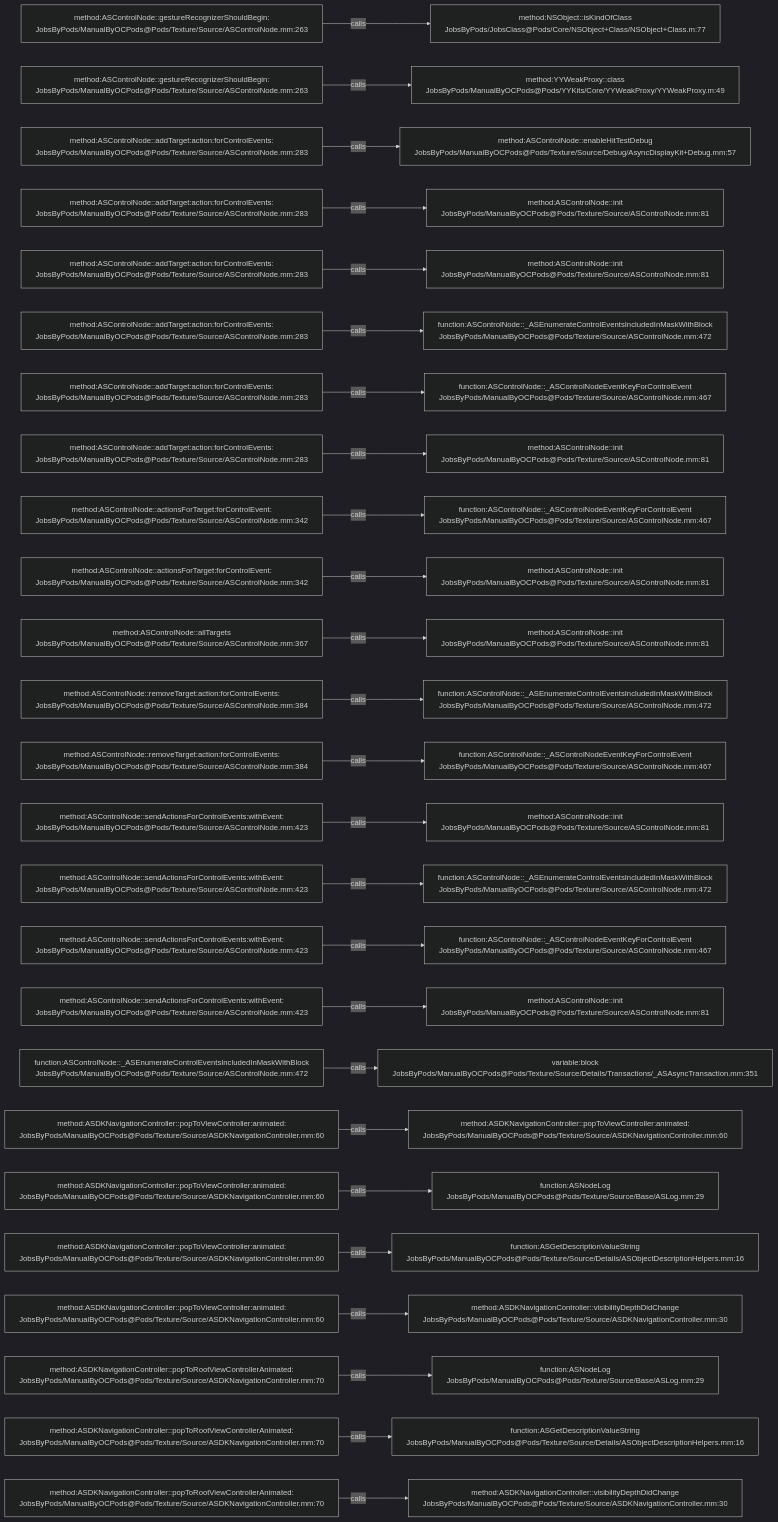
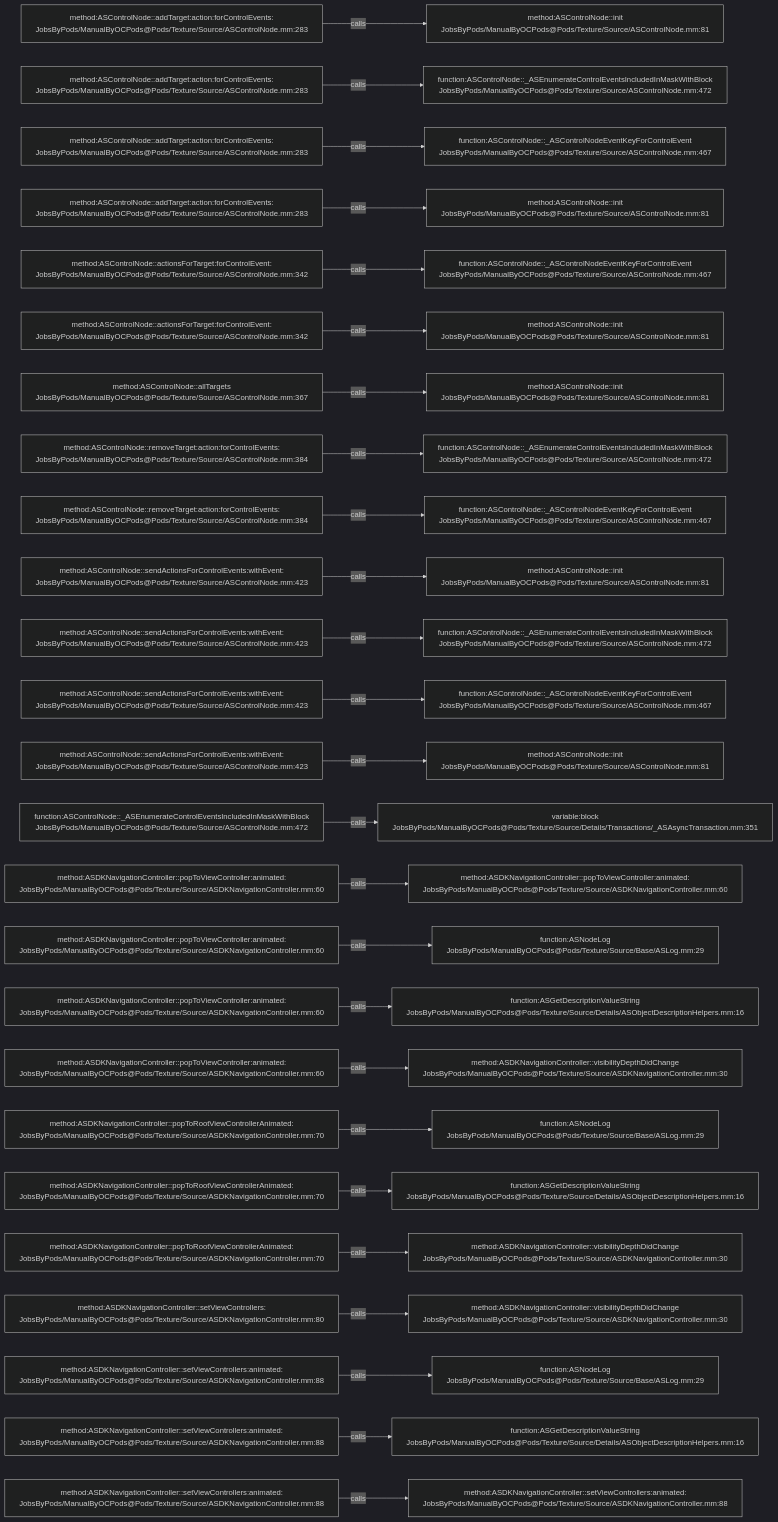
The diagram in .codegraph/codegraph.md/graphs/calls-085.md (JobsKits/JobsOCBaseConfigDemo), drawn with Mermaid (dark theme) before and after one commit. The commit also changed 727 other files, not shown here.

````diff
--- a/.codegraph/codegraph.md/graphs/calls-085.md
+++ b/.codegraph/codegraph.md/graphs/calls-085.md
@@ -13,78 +13,78 @@
 ```mermaid
 flowchart LR
-  S1["method:ASControlNode::gestureRecognizerShouldBegin:<br/>JobsByPods/ManualByOCPods@Pods/Texture/Source/ASControlNode.mm:263"]
-  T1["method:NSObject::isKindOfClass<br/>JobsByPods/JobsClass@Pods/Core/NSObject+Class/NSObject+Class.m:77"]
+  S1["method:ASControlNode::addTarget:action:forControlEvents:<br/>JobsByPods/ManualByOCPods@Pods/Texture/Source/ASControlNode.mm:283"]
+  T1["method:ASControlNode::init<br/>JobsByPods/ManualByOCPods@Pods/Texture/Source/ASControlNode.mm:81"]
   S1 -->|calls| T1
-  S2["method:ASControlNode::gestureRecognizerShouldBegin:<br/>JobsByPods/ManualByOCPods@Pods/Texture/Source/ASControlNode.mm:263"]
-  T2["method:YYWeakProxy::class<br/>JobsByPods/ManualByOCPods@Pods/YYKits/Core/YYWeakProxy/YYWeakProxy.m:49"]
+  S2["method:ASControlNode::addTarget:action:forControlEvents:<br/>JobsByPods/ManualByOCPods@Pods/Texture/Source/ASControlNode.mm:283"]
+  T2["function:ASControlNode::_ASEnumerateControlEventsIncludedInMaskWithBlock<br/>JobsByPods/ManualByOCPods@Pods/Texture/Source/ASControlNode.mm:472"]
   S2 -->|calls| T2
   S3["method:ASControlNode::addTarget:action:forControlEvents:<br/>JobsByPods/ManualByOCPods@Pods/Texture/Source/ASControlNode.mm:283"]
-  T3["method:ASControlNode::enableHitTestDebug<br/>JobsByPods/ManualByOCPods@Pods/Texture/Source/Debug/AsyncDisplayKit+Debug.mm:57"]
+  T3["function:ASControlNode::_ASControlNodeEventKeyForControlEvent<br/>JobsByPods/ManualByOCPods@Pods/Texture/Source/ASControlNode.mm:467"]
   S3 -->|calls| T3
   S4["method:ASControlNode::addTarget:action:forControlEvents:<br/>JobsByPods/ManualByOCPods@Pods/Texture/Source/ASControlNode.mm:283"]
   T4["method:ASControlNode::init<br/>JobsByPods/ManualByOCPods@Pods/Texture/Source/ASControlNode.mm:81"]
   S4 -->|calls| T4
-  S5["method:ASControlNode::addTarget:action:forControlEvents:<br/>JobsByPods/ManualByOCPods@Pods/Texture/Source/ASControlNode.mm:283"]
-  T5["method:ASControlNode::init<br/>JobsByPods/ManualByOCPods@Pods/Texture/Source/ASControlNode.mm:81"]
+  S5["method:ASControlNode::actionsForTarget:forControlEvent:<br/>JobsByPods/ManualByOCPods@Pods/Texture/Source/ASControlNode.mm:342"]
+  T5["function:ASControlNode::_ASControlNodeEventKeyForControlEvent<br/>JobsByPods/ManualByOCPods@Pods/Texture/Source/ASControlNode.mm:467"]
   S5 -->|calls| T5
-  S6["method:ASControlNode::addTarget:action:forControlEvents:<br/>JobsByPods/ManualByOCPods@Pods/Texture/Source/ASControlNode.mm:283"]
-  T6["function:ASControlNode::_ASEnumerateControlEventsIncludedInMaskWithBlock<br/>JobsByPods/ManualByOCPods@Pods/Texture/Source/ASControlNode.mm:472"]
+  S6["method:ASControlNode::actionsForTarget:forControlEvent:<br/>JobsByPods/ManualByOCPods@Pods/Texture/Source/ASControlNode.mm:342"]
+  T6["method:ASControlNode::init<br/>JobsByPods/ManualByOCPods@Pods/Texture/Source/ASControlNode.mm:81"]
   S6 -->|calls| T6
-  S7["method:ASControlNode::addTarget:action:forControlEvents:<br/>JobsByPods/ManualByOCPods@Pods/Texture/Source/ASControlNode.mm:283"]
-  T7["function:ASControlNode::_ASControlNodeEventKeyForControlEvent<br/>JobsByPods/ManualByOCPods@Pods/Texture/Source/ASControlNode.mm:467"]
+  S7["method:ASControlNode::allTargets<br/>JobsByPods/ManualByOCPods@Pods/Texture/Source/ASControlNode.mm:367"]
+  T7["method:ASControlNode::init<br/>JobsByPods/ManualByOCPods@Pods/Texture/Source/ASControlNode.mm:81"]
   S7 -->|calls| T7
-  S8["method:ASControlNode::addTarget:action:forControlEvents:<br/>JobsByPods/ManualByOCPods@Pods/Texture/Source/ASControlNode.mm:283"]
-  T8["method:ASControlNode::init<br/>JobsByPods/ManualByOCPods@Pods/Texture/Source/ASControlNode.mm:81"]
+  S8["method:ASControlNode::removeTarget:action:forControlEvents:<br/>JobsByPods/ManualByOCPods@Pods/Texture/Source/ASControlNode.mm:384"]
+  T8["function:ASControlNode::_ASEnumerateControlEventsIncludedInMaskWithBlock<br/>JobsByPods/ManualByOCPods@Pods/Texture/Source/ASControlNode.mm:472"]
   S8 -->|calls| T8
-  S9["method:ASControlNode::actionsForTarget:forControlEvent:<br/>JobsByPods/ManualByOCPods@Pods/Texture/Source/ASControlNode.mm:342"]
+  S9["method:ASControlNode::removeTarget:action:forControlEvents:<br/>JobsByPods/ManualByOCPods@Pods/Texture/Source/ASControlNode.mm:384"]
   T9["function:ASControlNode::_ASControlNodeEventKeyForControlEvent<br/>JobsByPods/ManualByOCPods@Pods/Texture/Source/ASControlNode.mm:467"]
   S9 -->|calls| T9
-  S10["method:ASControlNode::actionsForTarget:forControlEvent:<br/>JobsByPods/ManualByOCPods@Pods/Texture/Source/ASControlNode.mm:342"]
+  S10["method:ASControlNode::sendActionsForControlEvents:withEvent:<br/>JobsByPods/ManualByOCPods@Pods/Texture/Source/ASControlNode.mm:423"]
   T10["method:ASControlNode::init<br/>JobsByPods/ManualByOCPods@Pods/Texture/Source/ASControlNode.mm:81"]
   S10 -->|calls| T10
-  S11["method:ASControlNode::allTargets<br/>JobsByPods/ManualByOCPods@Pods/Texture/Source/ASControlNode.mm:367"]
-  T11["method:ASControlNode::init<br/>JobsByPods/ManualByOCPods@Pods/Texture/Source/ASControlNode.mm:81"]
+  S11["method:ASControlNode::sendActionsForControlEvents:withEvent:<br/>JobsByPods/ManualByOCPods@Pods/Texture/Source/ASControlNode.mm:423"]
+  T11["function:ASControlNode::_ASEnumerateControlEventsIncludedInMaskWithBlock<br/>JobsByPods/ManualByOCPods@Pods/Texture/Source/ASControlNode.mm:472"]
   S11 -->|calls| T11
-  S12["method:ASControlNode::removeTarget:action:forControlEvents:<br/>JobsByPods/ManualByOCPods@Pods/Texture/Source/ASControlNode.mm:384"]
-  T12["function:ASControlNode::_ASEnumerateControlEventsIncludedInMaskWithBlock<br/>JobsByPods/ManualByOCPods@Pods/Texture/Source/ASControlNode.mm:472"]
+  S12["method:ASControlNode::sendActionsForControlEvents:withEvent:<br/>JobsByPods/ManualByOCPods@Pods/Texture/Source/ASControlNode.mm:423"]
+  T12["function:ASControlNode::_ASControlNodeEventKeyForControlEvent<br/>JobsByPods/ManualByOCPods@Pods/Texture/Source/ASControlNode.mm:467"]
   S12 -->|calls| T12
-  S13["method:ASControlNode::removeTarget:action:forControlEvents:<br/>JobsByPods/ManualByOCPods@Pods/Texture/Source/ASControlNode.mm:384"]
-  T13["function:ASControlNode::_ASControlNodeEventKeyForControlEvent<br/>JobsByPods/ManualByOCPods@Pods/Texture/Source/ASControlNode.mm:467"]
+  S13["method:ASControlNode::sendActionsForControlEvents:withEvent:<br/>JobsByPods/ManualByOCPods@Pods/Texture/Source/ASControlNode.mm:423"]
+  T13["method:ASControlNode::init<br/>JobsByPods/ManualByOCPods@Pods/Texture/Source/ASControlNode.mm:81"]
   S13 -->|calls| T13
-  S14["method:ASControlNode::sendActionsForControlEvents:withEvent:<br/>JobsByPods/ManualByOCPods@Pods/Texture/Source/ASControlNode.mm:423"]
-  T14["method:ASControlNode::init<br/>JobsByPods/ManualByOCPods@Pods/Texture/Source/ASControlNode.mm:81"]
+  S14["function:ASControlNode::_ASEnumerateControlEventsIncludedInMaskWithBlock<br/>JobsByPods/ManualByOCPods@Pods/Texture/Source/ASControlNode.mm:472"]
+  T14["variable:block<br/>JobsByPods/ManualByOCPods@Pods/Texture/Source/Details/Transactions/_ASAsyncTransaction.mm:351"]
   S14 -->|calls| T14
-  S15["method:ASControlNode::sendActionsForControlEvents:withEvent:<br/>JobsByPods/ManualByOCPods@Pods/Texture/Source/ASControlNode.mm:423"]
-  T15["function:ASControlNode::_ASEnumerateControlEventsIncludedInMaskWithBlock<br/>JobsByPods/ManualByOCPods@Pods/Texture/Source/ASControlNode.mm:472"]
+  S15["method:ASDKNavigationController::popToViewController:animated:<br/>JobsByPods/ManualByOCPods@Pods/Texture/Source/ASDKNavigationController.mm:60"]
+  T15["method:ASDKNavigationController::popToViewController:animated:<br/>JobsByPods/ManualByOCPods@Pods/Texture/Source/ASDKNavigationController.mm:60"]
   S15 -->|calls| T15
-  S16["method:ASControlNode::sendActionsForControlEvents:withEvent:<br/>JobsByPods/ManualByOCPods@Pods/Texture/Source/ASControlNode.mm:423"]
-  T16["function:ASControlNode::_ASControlNodeEventKeyForControlEvent<br/>JobsByPods/ManualByOCPods@Pods/Texture/Source/ASControlNode.mm:467"]
+  S16["method:ASDKNavigationController::popToViewController:animated:<br/>JobsByPods/ManualByOCPods@Pods/Texture/Source/ASDKNavigationController.mm:60"]
+  T16["function:ASNodeLog<br/>JobsByPods/ManualByOCPods@Pods/Texture/Source/Base/ASLog.mm:29"]
   S16 -->|calls| T16
-  S17["method:ASControlNode::sendActionsForControlEvents:withEvent:<br/>JobsByPods/ManualByOCPods@Pods/Texture/Source/ASControlNode.mm:423"]
-  T17["method:ASControlNode::init<br/>JobsByPods/ManualByOCPods@Pods/Texture/Source/ASControlNode.mm:81"]
+  S17["method:ASDKNavigationController::popToViewController:animated:<br/>JobsByPods/ManualByOCPods@Pods/Texture/Source/ASDKNavigationController.mm:60"]
+  T17["function:ASGetDescriptionValueString<br/>JobsByPods/ManualByOCPods@Pods/Texture/Source/Details/ASObjectDescriptionHelpers.mm:16"]
   S17 -->|calls| T17
-  S18["function:ASControlNode::_ASEnumerateControlEventsIncludedInMaskWithBlock<br/>JobsByPods/ManualByOCPods@Pods/Texture/Source/ASControlNode.mm:472"]
-  T18["variable:block<br/>JobsByPods/ManualByOCPods@Pods/Texture/Source/Details/Transactions/_ASAsyncTransaction.mm:351"]
+  S18["method:ASDKNavigationController::popToViewController:animated:<br/>JobsByPods/ManualByOCPods@Pods/Texture/Source/ASDKNavigationController.mm:60"]
+  T18["method:ASDKNavigationController::visibilityDepthDidChange<br/>JobsByPods/ManualByOCPods@Pods/Texture/Source/ASDKNavigationController.mm:30"]
   S18 -->|calls| T18
-  S19["method:ASDKNavigationController::popToViewController:animated:<br/>JobsByPods/ManualByOCPods@Pods/Texture/Source/ASDKNavigationController.mm:60"]
-  T19["method:ASDKNavigationController::popToViewController:animated:<br/>JobsByPods/ManualByOCPods@Pods/Texture/Source/ASDKNavigationController.mm:60"]
+  S19["method:ASDKNavigationController::popToRootViewControllerAnimated:<br/>JobsByPods/ManualByOCPods@Pods/Texture/Source/ASDKNavigationController.mm:70"]
+  T19["function:ASNodeLog<br/>JobsByPods/ManualByOCPods@Pods/Texture/Source/Base/ASLog.mm:29"]
   S19 -->|calls| T19
-  S20["method:ASDKNavigationController::popToViewController:animated:<br/>JobsByPods/ManualByOCPods@Pods/Texture/Source/ASDKNavigationController.mm:60"]
-  T20["function:ASNodeLog<br/>JobsByPods/ManualByOCPods@Pods/Texture/Source/Base/ASLog.mm:29"]
+  S20["method:ASDKNavigationController::popToRootViewControllerAnimated:<br/>JobsByPods/ManualByOCPods@Pods/Texture/Source/ASDKNavigationController.mm:70"]
+  T20["function:ASGetDescriptionValueString<br/>JobsByPods/ManualByOCPods@Pods/Texture/Source/Details/ASObjectDescriptionHelpers.mm:16"]
   S20 -->|calls| T20
-  S21["method:ASDKNavigationController::popToViewController:animated:<br/>JobsByPods/ManualByOCPods@Pods/Texture/Source/ASDKNavigationController.mm:60"]
-  T21["function:ASGetDescriptionValueString<br/>JobsByPods/ManualByOCPods@Pods/Texture/Source/Details/ASObjectDescriptionHelpers.mm:16"]
+  S21["method:ASDKNavigationController::popToRootViewControllerAnimated:<br/>JobsByPods/ManualByOCPods@Pods/Texture/Source/ASDKNavigationController.mm:70"]
+  T21["method:ASDKNavigationController::visibilityDepthDidChange<br/>JobsByPods/ManualByOCPods@Pods/Texture/Source/ASDKNavigationController.mm:30"]
   S21 -->|calls| T21
-  S22["method:ASDKNavigationController::popToViewController:animated:<br/>JobsByPods/ManualByOCPods@Pods/Texture/Source/ASDKNavigationController.mm:60"]
+  S22["method:ASDKNavigationController::setViewControllers:<br/>JobsByPods/ManualByOCPods@Pods/Texture/Source/ASDKNavigationController.mm:80"]
   T22["method:ASDKNavigationController::visibilityDepthDidChange<br/>JobsByPods/ManualByOCPods@Pods/Texture/Source/ASDKNavigationController.mm:30"]
   S22 -->|calls| T22
-  S23["method:ASDKNavigationController::popToRootViewControllerAnimated:<br/>JobsByPods/ManualByOCPods@Pods/Texture/Source/ASDKNavigationController.mm:70"]
+  S23["method:ASDKNavigationController::setViewControllers:animated:<br/>JobsByPods/ManualByOCPods@Pods/Texture/Source/ASDKNavigationController.mm:88"]
   T23["function:ASNodeLog<br/>JobsByPods/ManualByOCPods@Pods/Texture/Source/Base/ASLog.mm:29"]
   S23 -->|calls| T23
-  S24["method:ASDKNavigationController::popToRootViewControllerAnimated:<br/>JobsByPods/ManualByOCPods@Pods/Texture/Source/ASDKNavigationController.mm:70"]
+  S24["method:ASDKNavigationController::setViewControllers:animated:<br/>JobsByPods/ManualByOCPods@Pods/Texture/Source/ASDKNavigationController.mm:88"]
   T24["function:ASGetDescriptionValueString<br/>JobsByPods/ManualByOCPods@Pods/Texture/Source/Details/ASObjectDescriptionHelpers.mm:16"]
   S24 -->|calls| T24
-  S25["method:ASDKNavigationController::popToRootViewControllerAnimated:<br/>JobsByPods/ManualByOCPods@Pods/Texture/Source/ASDKNavigationController.mm:70"]
-  T25["method:ASDKNavigationController::visibilityDepthDidChange<br/>JobsByPods/ManualByOCPods@Pods/Texture/Source/ASDKNavigationController.mm:30"]
+  S25["method:ASDKNavigationController::setViewControllers:animated:<br/>JobsByPods/ManualByOCPods@Pods/Texture/Source/ASDKNavigationController.mm:88"]
+  T25["method:ASDKNavigationController::setViewControllers:animated:<br/>JobsByPods/ManualByOCPods@Pods/Texture/Source/ASDKNavigationController.mm:88"]
   S25 -->|calls| T25
 ```
````
